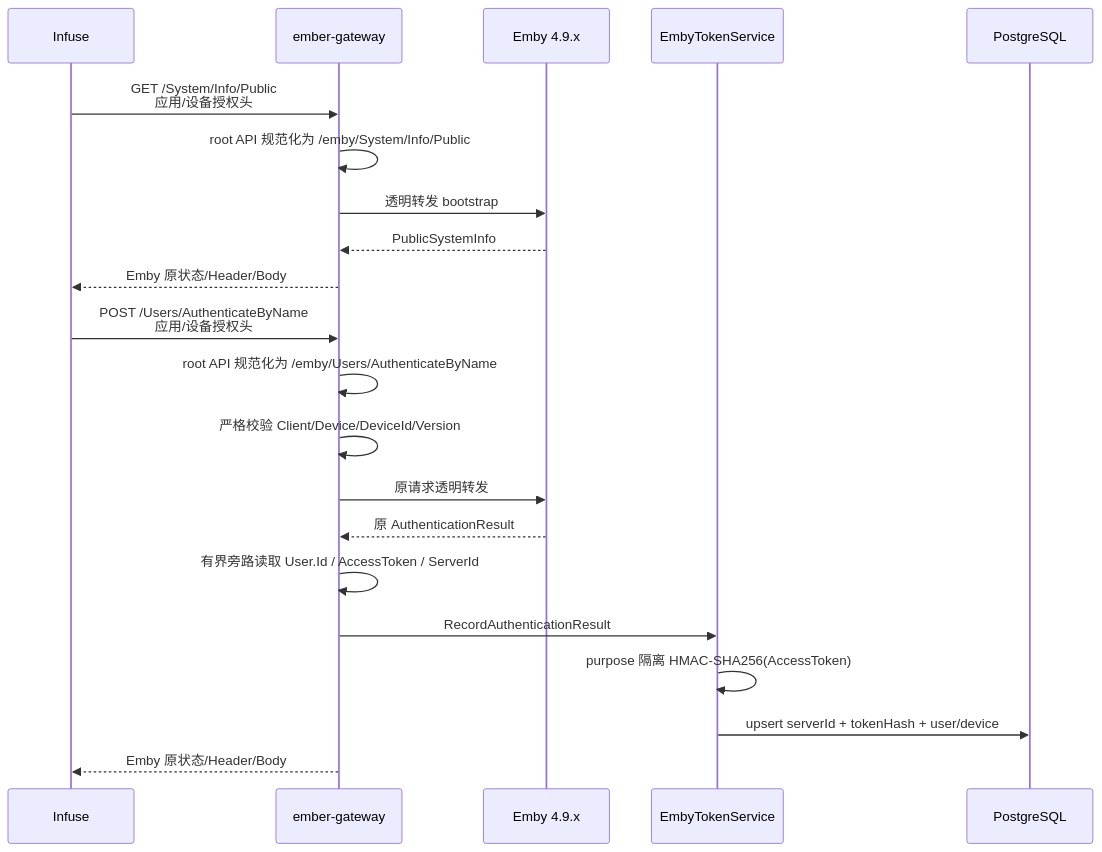
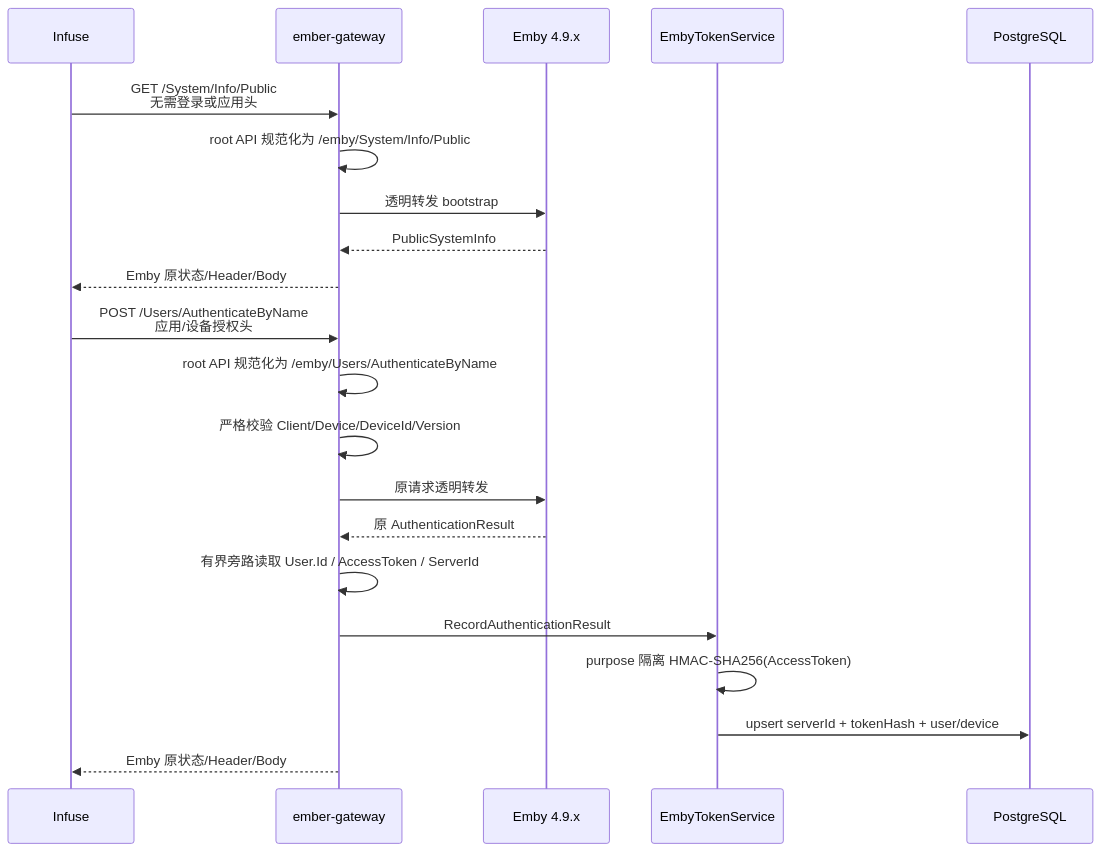
The fourth of 8 diagrams in docs/reference/p115-playback-end-to-end-flow.md (konghanghang/ember), drawn with Mermaid before and after one commit. The commit also changed other lines of this file and 7 other files, not shown here.

````diff
--- a/docs/reference/p115-playback-end-to-end-flow.md
+++ b/docs/reference/p115-playback-end-to-end-flow.md
@@ -153,24 +153,24 @@
 ```mermaid
 sequenceDiagram
     participant Client as Infuse
     participant Gateway as ember-gateway
     participant Emby as Emby 4.9.x
     participant Token as EmbyTokenService
     participant DB as PostgreSQL
 
-    Client->>Gateway: GET /System/Info/Public<br/>应用/设备授权头
+    Client->>Gateway: GET /System/Info/Public<br/>无需登录或应用头
     Gateway->>Gateway: root API 规范化为 /emby/System/Info/Public
     Gateway->>Emby: 透明转发 bootstrap
     Emby-->>Gateway: PublicSystemInfo
     Gateway-->>Client: Emby 原状态/Header/Body
     Client->>Gateway: POST /Users/AuthenticateByName<br/>应用/设备授权头
     Gateway->>Gateway: root API 规范化为 /emby/Users/AuthenticateByName
     Gateway->>Gateway: 严格校验 Client/Device/DeviceId/Version
     Gateway->>Emby: 原请求透明转发
     Emby-->>Gateway: 原 AuthenticationResult
     Gateway->>Gateway: 有界旁路读取 User.Id / AccessToken / ServerId
     Gateway->>Token: RecordAuthenticationResult
     Token->>Token: purpose 隔离 HMAC-SHA256(AccessToken)
     Token->>DB: upsert serverId + tokenHash + user/device
     Gateway-->>Client: Emby 原状态/Header/Body
 ```
````
